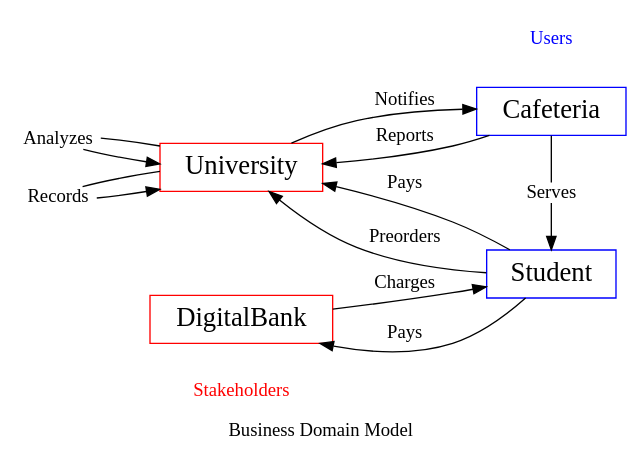
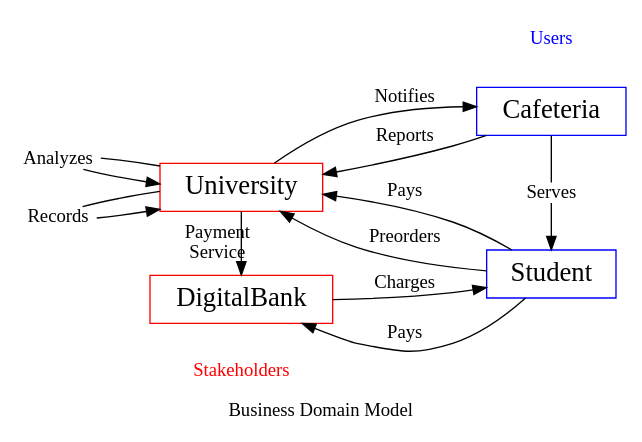
One commit to gebrek/sod-rev changed the third of 11 diagrams in ass1-revisited.org. Above: the diagram before and after it, drawn with Graphviz. The commit also changed 4 other files, not shown here.

```diff
--- a/ass1-revisited.org
+++ b/ass1-revisited.org
@@ -124,46 +124,47 @@
    #+BEGIN_SRC dot :file res/business_domain.png :tangle res/business_domain.dot
      digraph BznsDmn {
 	     label="Business Domain Model"
 	     rankdir=LR;
 	     newrank=true;
 
 	     node [fontsize=20 shape=box]
 
 	     node [color=red]
 	     Stakeholders [fontsize=14 fontcolor=red shape=plaintext];
 	     University;
 	     DigitalBank;
 
 	     node [color=blue]
 	     Users [fontsize=14 fontcolor=blue shape=plaintext];
 	     Cafeteria;
 	     Student;
 
 	     edge [fontsize=14]
 	     University->Cafeteria	[label="Notifies"];
 	     Student->University	[label="Pays"];
 	     Student->DigitalBank	[label="Pays"];
 	     Student->University	[label="Preorders"];
 	     DigitalBank->Student	[label="Charges"];
 	     Cafeteria->University 	[label="Reports"];
+	     University->DigitalBank    [label="Payment\nService"]
 
 	     // Proxy actions
 	     node [fontsize=14 shape=plaintext height=0 margin=0]
 	     Analyzes;
 	     Records;
 	     Serves;
 	     edge [dir=both arrowtail=none arrowhead=none]
 	     University->Records;
 	     University->Analyzes;
 	     Cafeteria->Serves;
 	     edge [arrowhead=normal arrowtail=none]
 	     Records->University;
 	     Analyzes->University;
 	     Serves->Student;
 
 	     {rank=min Analyzes, Records}
 	     {rank=same Stakeholders, University, DigitalBank}
 	     {rank=same Users, Student, Cafeteria, Serves, Users}
 
      }
    #+END_SRC
```
